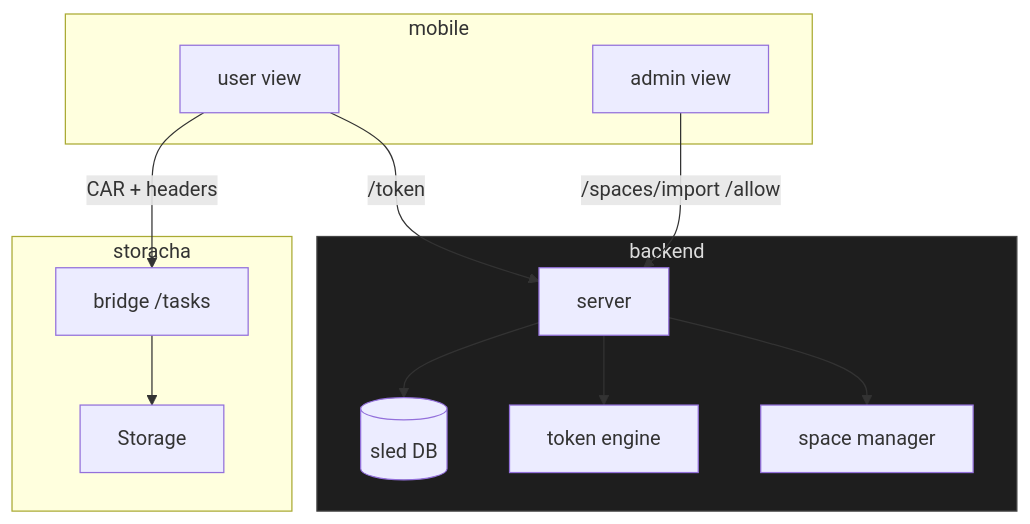
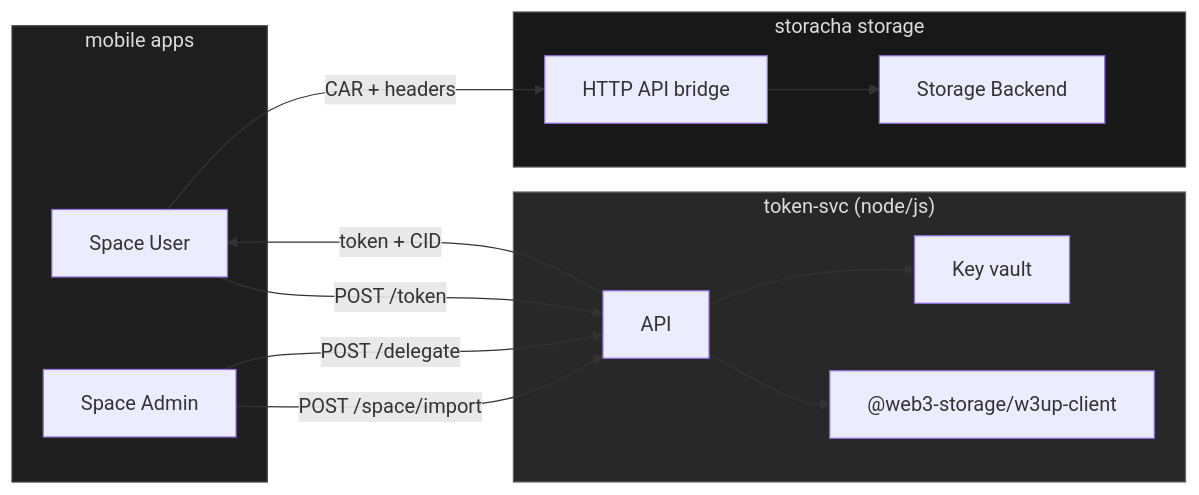
Before and after one commit to hyphacoop/save-storacha: the diagram in README.md, drawn with Mermaid.

Commit message:
Update graph architecture

````diff
--- a/README.md
+++ b/README.md
@@ -5,26 +5,34 @@
 ```mermaid
-flowchart TD
-    subgraph mobile
-        User["user view"]
-        Admin["admin view"]
+flowchart LR
+    %% mobile clients
+    subgraph Mobile["mobile apps"]
+        style Mobile fill:#1e1e1e,stroke:#444,color:#ddd
+        UA["Space User"]
+        AA["Space Admin"]
     end
 
-    subgraph backend
-        style backend fill:#1e1e1e,stroke:#444,color:#ddd
-        Axum["server"]
-        DB[(sled DB)]
-        Axum --> DB
-        Axum --> Token["token engine"]
-        Axum --> SpaceMgr["space manager"]
+    %% token service
+    subgraph TokenSvc["token-svc (node/js)"]
+        style TokenSvc fill:#282828,stroke:#666,color:#ddd
+        API["API"]
+        KV["Key vault"]
+        SDK["@web3-storage/w3up-client"]
+        API --> KV
+        API --> SDK
     end
 
-    subgraph storacha
-        Bridge["bridge /tasks"]
-        Storage
-        Bridge --> Storage
+    %% storacha storage
+    subgraph Storacha["storacha storage"]
+        style Storacha fill:#181818,stroke:#555,color:#ddd
+        BR["HTTP API bridge"]
+        DB["Storage Backend"]
+        BR --> DB
     end
 
-    User  -- /token --> Axum
-    Admin -- /spaces/import /allow --> Axum
-    User  -- CAR + headers --> Bridge
+    %% flows
+    AA -- "POST /space/import" --> API
+    AA -- "POST /delegate"     --> API
+    UA -- "POST /token"        --> API
+    API -- "token + CID"       --> UA
+    UA -- "CAR + headers"      --> BR
 ```
````
